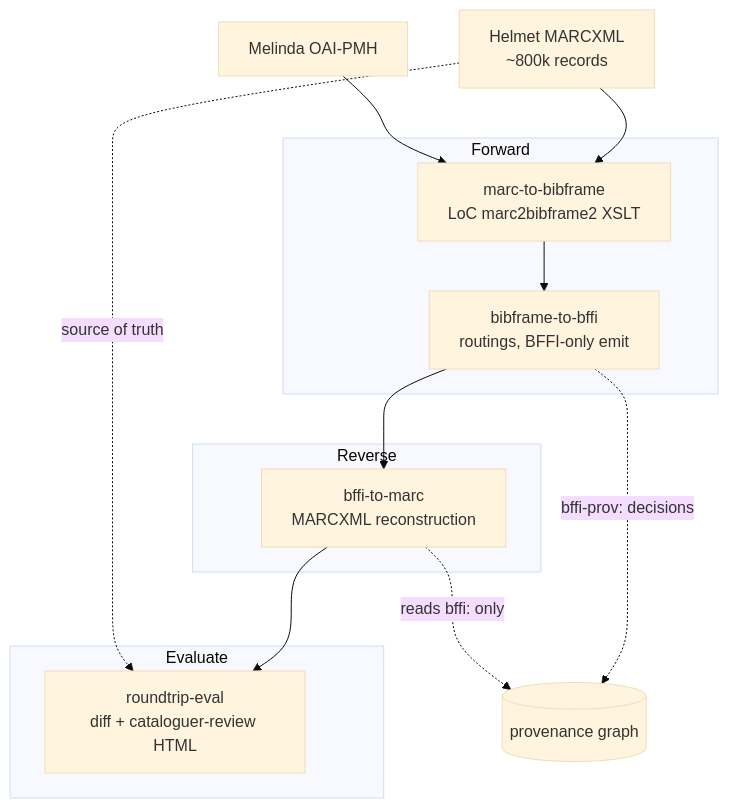
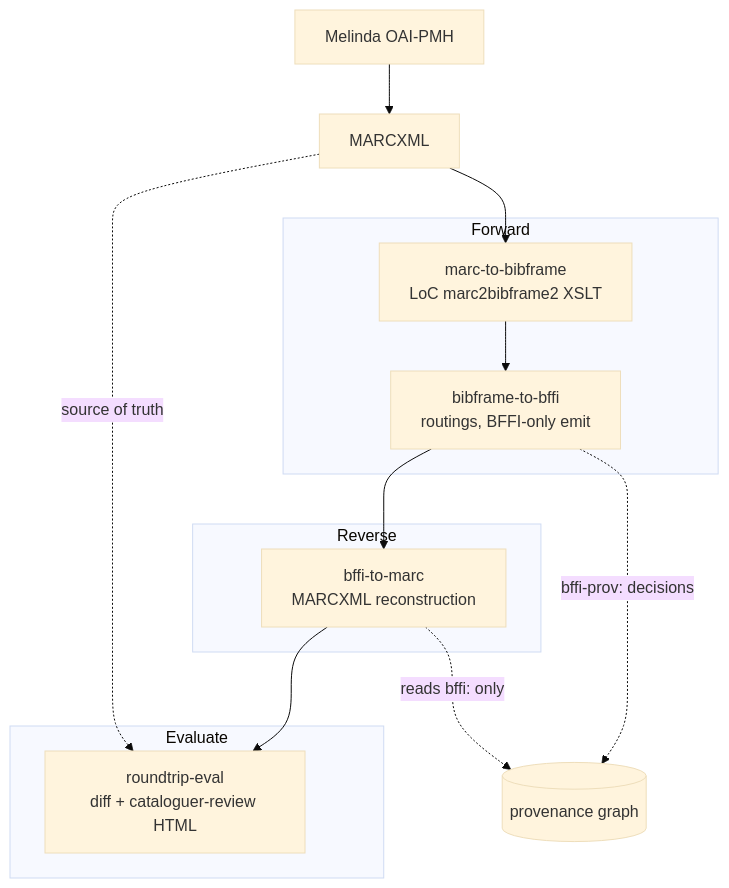
The diagram in README.md (mikkovihonen/bffi-conversion-pipeline), drawn with Mermaid (base theme) before and after one commit.

````diff
--- a/README.md
+++ b/README.md
@@ -48,26 +48,26 @@
 ```mermaid
 flowchart TD
-    SRC[Helmet MARCXML<br/>~800k records]
+    SRC[MARCXML]
     MEL[Melinda OAI-PMH]
 
     subgraph Forward
         S1[marc-to-bibframe<br/>LoC marc2bibframe2 XSLT]
         S2[bibframe-to-bffi<br/>routings, BFFI-only emit]
     end
 
     subgraph Reverse
         S3[bffi-to-marc<br/>MARCXML reconstruction]
     end
 
     subgraph Evaluate
         S4[roundtrip-eval<br/>diff + cataloguer-review HTML]
     end
 
     SRC --> S1
-    MEL --> S1
+    MEL --> SRC
     S1 --> S2 --> S3 --> S4
     SRC -.->|source of truth| S4
 
     S2 -. "bffi-prov: decisions" .-> PROV[(provenance graph)]
     S3 -. "reads bffi: only" .-> PROV
 ```
````
